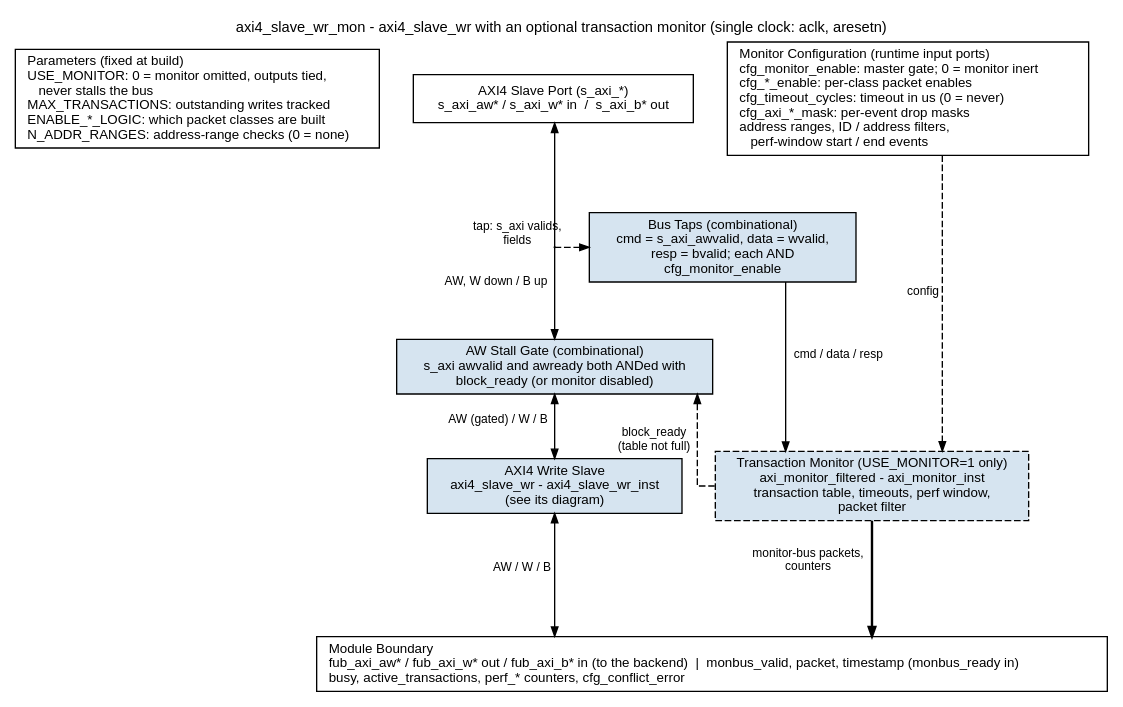
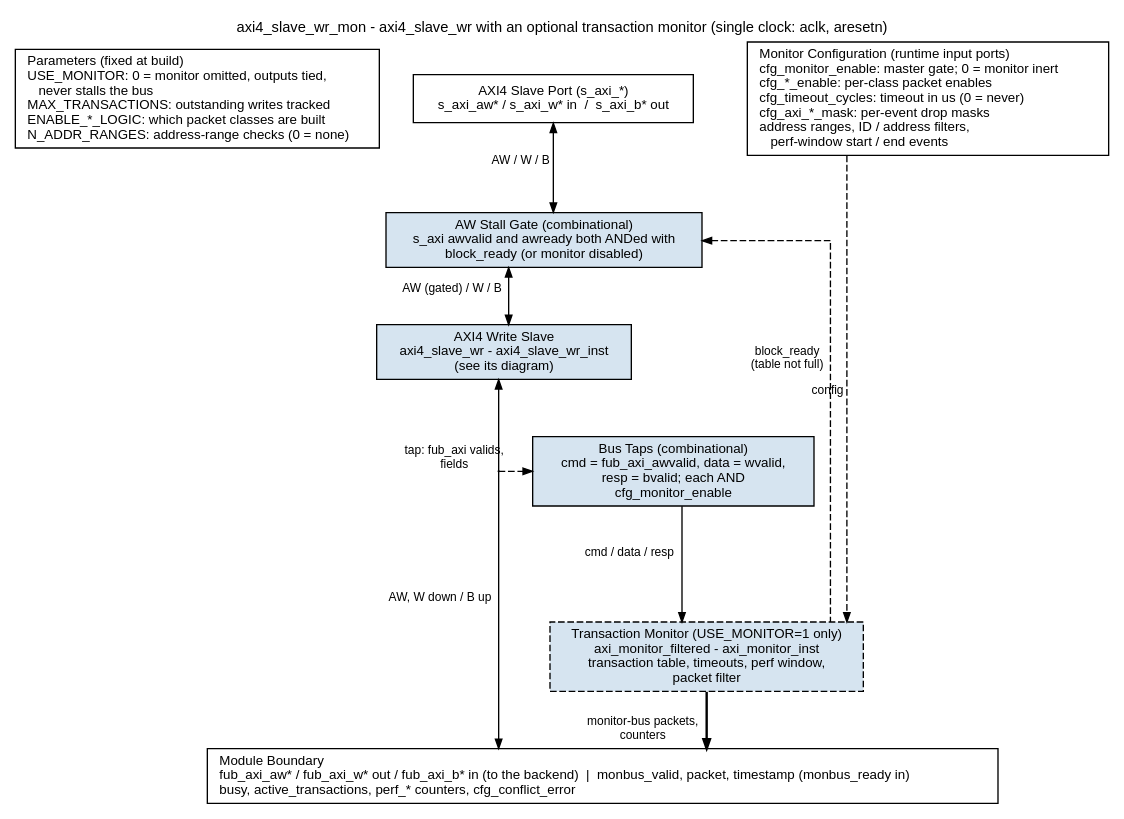
The diagram in docs/markdown/assets/rtl-amba/graphviz/axi4_slave_wr_mon.dot (sean-galloway/RTLDesignSherpa), drawn with Graphviz before and after one commit. The commit also changed 118 other files, not shown here.

First line of the commit message:
fix(amba): monitors tap the FUB side; consistent busy; EARLY_BURSTS (Fixes #108, Fixes #113)

```diff
--- a/docs/markdown/assets/rtl-amba/graphviz/axi4_slave_wr_mon.dot
+++ b/docs/markdown/assets/rtl-amba/graphviz/axi4_slave_wr_mon.dot
@@ -1,44 +1,46 @@
 // axi4_slave_wr_mon block diagram - house style (vault/handbook/authoring/block-diagrams.md).
 // Monitored wrapper: the base axi4_slave_wr is one child box (see its own diagram).
 // AXI traffic runs down the left column through the stall gate; the monitor taps the
-// s_axi side (above the gate) and emits monitor-bus packets (the heavy edge). A full transaction table
+// FUB (backend) side (owner rule: monitors always tap the FUB side, for timing) and emits monitor-bus packets (the heavy edge). A full transaction table
 // pushes back on the AR gate through block_ready.
 // Source of truth: rtl/amba/axi4/axi4_slave_wr_mon.sv.
 digraph axi4_slave_wr_mon {
     graph [rankdir=TB, bgcolor="white", fontname="Helvetica", fontsize=11,
            nodesep="0.35", ranksep="0.60", splines=ortho, newrank=true,
            label="axi4_slave_wr_mon - axi4_slave_wr with an optional transaction monitor (single clock: aclk, aresetn)",
            labelloc=t, labeljust=c];
     node  [fontname="Helvetica", fontsize=10, shape=box, style=filled,
            fillcolor="#D6E4F0", color="black", margin="0.12,0.06"];
     edge  [fontname="Helvetica", fontsize=9, color="black", arrowsize=0.7];
 
     prm  [label="Parameters (fixed at build)\lUSE_MONITOR: 0 = monitor omitted, outputs tied,\l    never stalls the bus\lMAX_TRANSACTIONS: outstanding writes tracked\lENABLE_*_LOGIC: which packet classes are built\lN_ADDR_RANGES: address-range checks (0 = none)\l", fillcolor="white"];
     fub  [label="AXI4 Slave Port (s_axi_*)\ns_axi_aw* / s_axi_w* in  /  s_axi_b* out", fillcolor="white"];
     cfg  [label="Monitor Configuration (runtime input ports)\lcfg_monitor_enable: master gate; 0 = monitor inert\lcfg_*_enable: per-class packet enables\lcfg_timeout_cycles: timeout in us (0 = never)\lcfg_axi_*_mask: per-event drop masks\laddress ranges, ID / address filters,\l    perf-window start / end events\l", fillcolor="white"];
 
     gate [label="AW Stall Gate (combinational)\ns_axi awvalid and awready both ANDed with\nblock_ready (or monitor disabled)"];
     base [label="AXI4 Write Slave\naxi4_slave_wr - axi4_slave_wr_inst\n(see its diagram)"];
-    taps [label="Bus Taps (combinational)\ncmd = s_axi_awvalid, data = wvalid,\nresp = bvalid; each AND\ncfg_monitor_enable"];
+    taps [label="Bus Taps (combinational)\ncmd = fub_axi_awvalid, data = wvalid,\nresp = bvalid; each AND\ncfg_monitor_enable"];
     mon  [label="Transaction Monitor (USE_MONITOR=1 only)\naxi_monitor_filtered - axi_monitor_inst\ntransaction table, timeouts, perf window,\npacket filter", style="filled,dashed"];
 
     bar  [label="Module Boundary\lfub_axi_aw* / fub_axi_w* out / fub_axi_b* in (to the backend)  |  monbus_valid, packet, timestamp (monbus_ready in)\lbusy, active_transactions, perf_* counters, cfg_conflict_error\l",
           fillcolor="white", width=8.0];
 
-    // AXI path: down the left (requests down, responses back up on the same pair)
+    // AXI path: down the left (requests down, responses back up on the same pair).
+    // The tap point sits on the FUB (backend) side, below the base: the gate stalls
+    // the upstream s_axi request, the monitor watches the backend handshake.
+    fub  -> gate [dir=both, xlabel="AW / W / B"];
+    gate -> base [dir=both, xlabel="AW (gated) / W / B"];
     p_ax [shape=point, width=0.01];
-    fub  -> p_ax [dir=back, headclip=false];
-    p_ax -> gate [dir=forward, tailclip=false, xlabel="AW, W down / B up"];
-    gate -> base [dir=both, xlabel="AW (gated) / W / B"];
-    base -> bar  [dir=both, minlen=2, xlabel="AW / W / B"];
+    base -> p_ax [dir=back, headclip=false];
+    p_ax -> bar  [dir=forward, tailclip=false, xlabel="AW, W down / B up"];
     // observation and packets
-    p_ax -> taps [style=dashed, tailclip=false, xlabel="tap: s_axi valids,\nfields"];
+    p_ax -> taps [style=dashed, tailclip=false, xlabel="tap: fub_axi valids,\nfields"];
     taps -> mon  [minlen=2, xlabel="cmd / data / resp"];
     mon  -> bar  [penwidth=1.8, xlabel="monitor-bus packets,\ncounters"];
     gate -> mon  [style=dashed, dir=back, constraint=false, xlabel="block_ready\n(table not full)"];
     cfg  -> mon  [style=dashed, xlabel="config"];
 
     { rank=same; prm; fub; cfg; }
     { rank=same; p_ax; taps; }
     prm -> fub [style=invis]; fub -> cfg [style=invis];
 }
```
